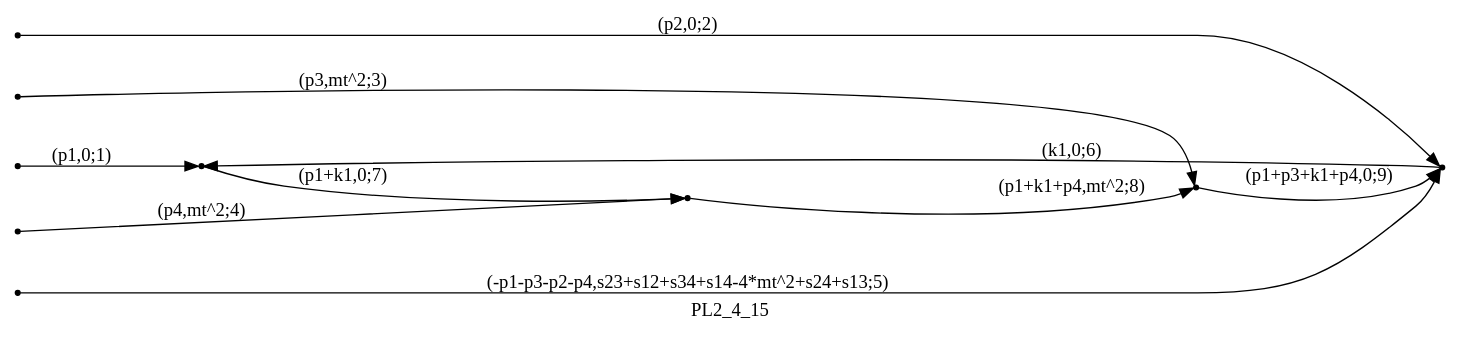
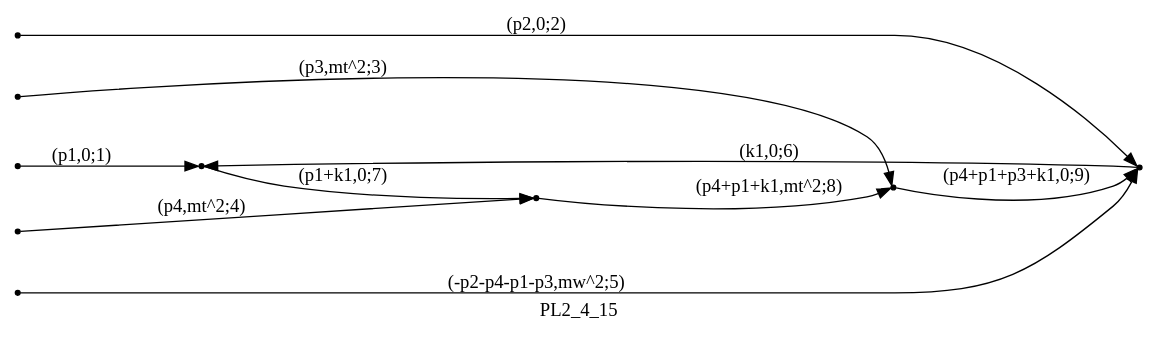
The diagram in 1loopAmplitude/Reduze/graphs/PL2/all/PL2_4_15.dot (UsHnBaGp/Wtt), drawn with Graphviz before and after one commit. The commit also changed 163 other files, not shown here.

```diff
--- a/1loopAmplitude/Reduze/graphs/PL2/all/PL2_4_15.dot
+++ b/1loopAmplitude/Reduze/graphs/PL2/all/PL2_4_15.dot
@@ -1,25 +1,25 @@
 digraph PL2_4_15 {
   label="PL2_4_15";
   rankdir="LR";
   subgraph edges {
     -1 -> 2 [label="(p1,0;1)"];
     -2 -> 4 [label="(p2,0;2)"];
     -3 -> 3 [label="(p3,mt^2;3)"];
     -4 -> 1 [label="(p4,mt^2;4)"];
-    -5 -> 4 [label="(-p1-p3-p2-p4,s23+s12+s34+s14-4*mt^2+s24+s13;5)"];
+    -5 -> 4 [label="(-p2-p4-p1-p3,mw^2;5)"];
     4 -> 2 [label="(k1,0;6)"];
     2 -> 1 [label="(p1+k1,0;7)"];
-    1 -> 3 [label="(p1+k1+p4,mt^2;8)"];
-    3 -> 4 [label="(p1+p3+k1+p4,0;9)"];
+    1 -> 3 [label="(p4+p1+k1,mt^2;8)"];
+    3 -> 4 [label="(p4+p1+p3+k1,0;9)"];
   }
   subgraph incoming { rank="source"; -1; -2; -3; -4; -5; }
 -5 [shape=point];
 -4 [shape=point];
 -3 [shape=point];
 -2 [shape=point];
 -1 [shape=point];
 1 [shape=point];
 2 [shape=point];
 3 [shape=point];
 4 [shape=point];
 }
```
